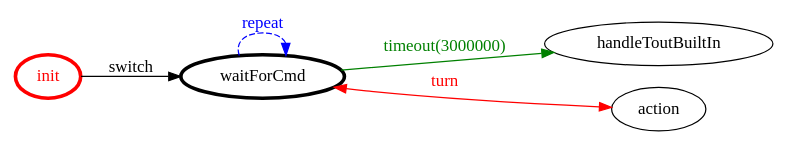
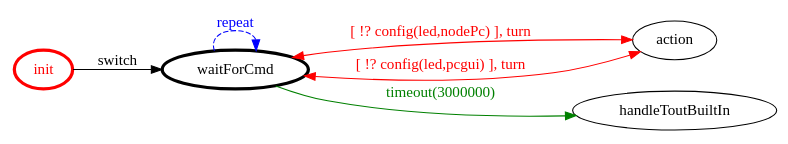
Before and after one commit to anatali/lss0: the diagram in it.unibo.qa.nodeserver/bin/it/unibo/qaledhlnode/qaledhlnode.gv, drawn with Graphviz. The commit also changed 85 other files, not shown here.

```diff
--- a/it.unibo.qa.nodeserver/bin/it/unibo/qaledhlnode/qaledhlnode.gv
+++ b/it.unibo.qa.nodeserver/bin/it/unibo/qaledhlnode/qaledhlnode.gv
@@ -1,19 +1,20 @@
 /*
 *
 * A GraphViz DOT FSM description 
 * Please use a GraphViz visualizer (like http://www.webgraphviz.com)
 *  
 */
 
 digraph finite_state_machine {
 	rankdir=LR
 	size="8,5"
 	
 	init [ color = red ][ fontcolor = red ][ penwidth = 3 ]
 	waitForCmd [ color = black ][ fontcolor = black ][ penwidth = 3 ]
 	
+	waitForCmd -> action [ label = "[ !? config(led,nodePc) ], turn" ][ color = red ][ fontcolor = red ][ dir = both ]
 	waitForCmd -> handleToutBuiltIn [ label = "timeout(3000000)" ][ color = green ][ fontcolor = green ]
-	waitForCmd -> action [ label = "turn" ][ color = red ][ fontcolor = red ][ dir = both ]
 	init -> waitForCmd [ label = "switch" ][ color = black ][ fontcolor = black ]
+	waitForCmd -> action [ label = "[ !? config(led,pcgui) ], turn" ][ color = red ][ fontcolor = red ][ dir = both ]
 	waitForCmd -> waitForCmd [ label = "repeat "][ style = dashed ][ color = blue ][ fontcolor = blue ]
 }
```
